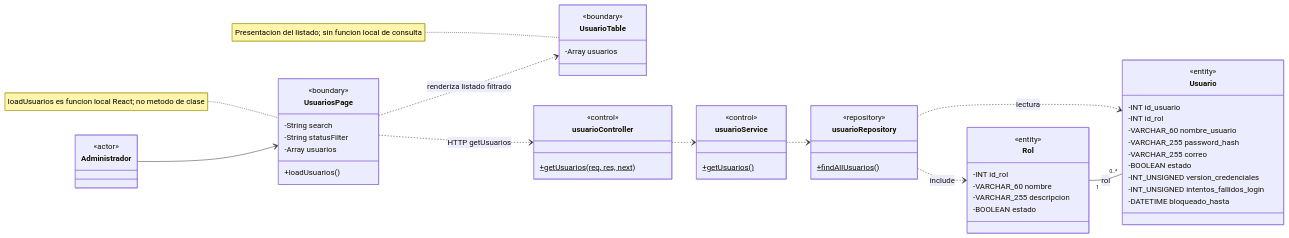
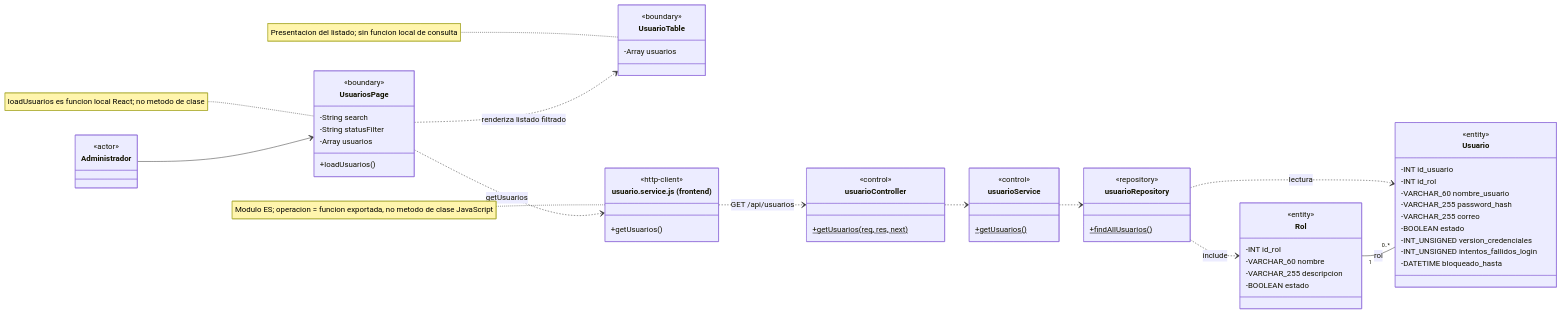
Before and after one commit to CreepyBowDev/cadefar-inventory-system: the fourth of 34 diagrams in docs/ai/analisis-clases-academico.md, drawn with Mermaid. The commit also changed other lines of this file, not shown here.

````diff
--- a/docs/ai/analisis-clases-academico.md
+++ b/docs/ai/analisis-clases-academico.md
@@ -396,57 +426,63 @@
 ```mermaid
 classDiagram
     direction LR
     class Administrador { <<actor>> }
     class UsuariosPage {
         <<boundary>>
         -String search
         -String statusFilter
         -Array usuarios
         +loadUsuarios()
     }
     class UsuarioTable {
         <<boundary>>
         -Array usuarios
+    }
+    class usuarioHttpClient["usuario.service.js (frontend)"] {
+        <<http-client>>
+        +getUsuarios()
     }
     class usuarioController {
         <<control>>
         +getUsuarios(req, res, next)$
     }
     class usuarioService {
         <<control>>
         +getUsuarios()$
     }
     class usuarioRepository {
         <<repository>>
         +findAllUsuarios()$
     }
     class Usuario {
         <<entity>>
         -INT id_usuario
         -INT id_rol
         -VARCHAR_60 nombre_usuario
         -VARCHAR_255 password_hash
         -VARCHAR_255 correo
         -BOOLEAN estado
         -INT_UNSIGNED version_credenciales
         -INT_UNSIGNED intentos_fallidos_login
         -DATETIME bloqueado_hasta
     }
     class Rol {
         <<entity>>
         -INT id_rol
         -VARCHAR_60 nombre
         -VARCHAR_255 descripcion
         -BOOLEAN estado
     }
     Administrador --> UsuariosPage
     UsuariosPage ..> UsuarioTable : renderiza listado filtrado
-    UsuariosPage ..> usuarioController : HTTP getUsuarios
+    UsuariosPage ..> usuarioHttpClient : getUsuarios
+    usuarioHttpClient ..> usuarioController : GET /api/usuarios
     usuarioController ..> usuarioService
     usuarioService ..> usuarioRepository
     usuarioRepository ..> Usuario : lectura
     usuarioRepository ..> Rol : include
     Rol "1" -- "0..*" Usuario : rol
     note for UsuariosPage "loadUsuarios es funcion local React; no metodo de clase"
     note for UsuarioTable "Presentacion del listado; sin funcion local de consulta"
+    note for usuarioHttpClient "Modulo ES; operacion = funcion exportada, no metodo de clase JavaScript"
 ```
````
